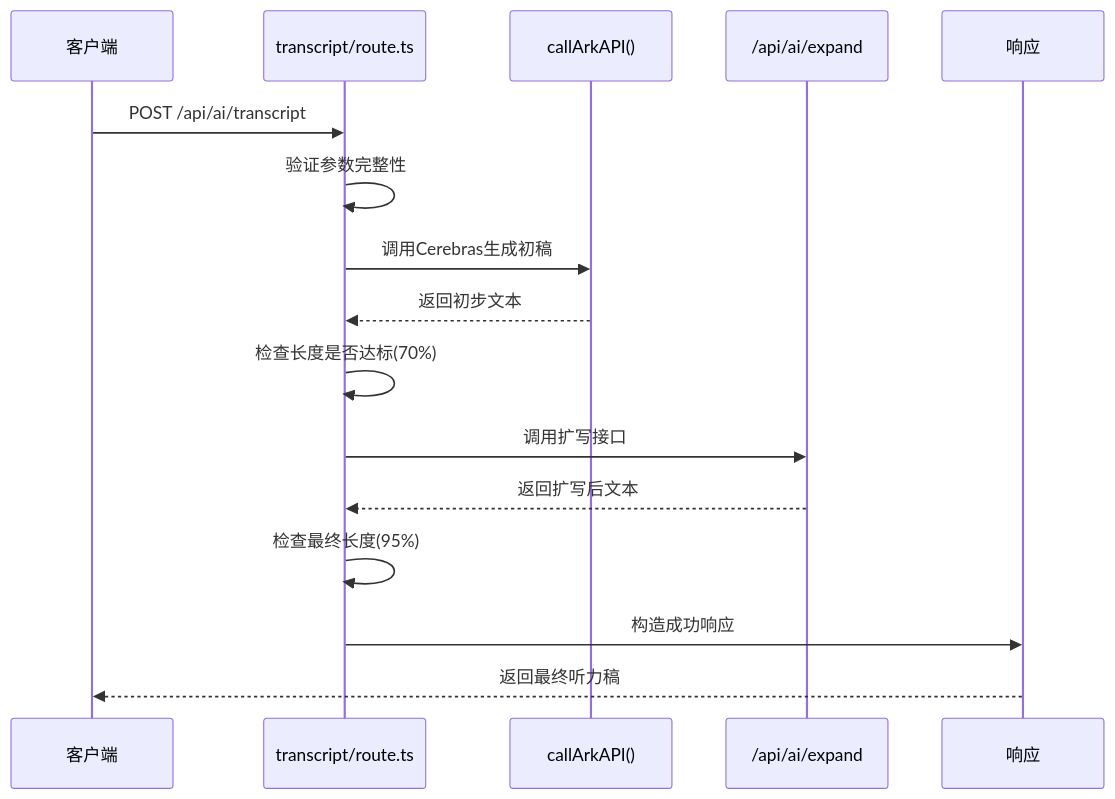
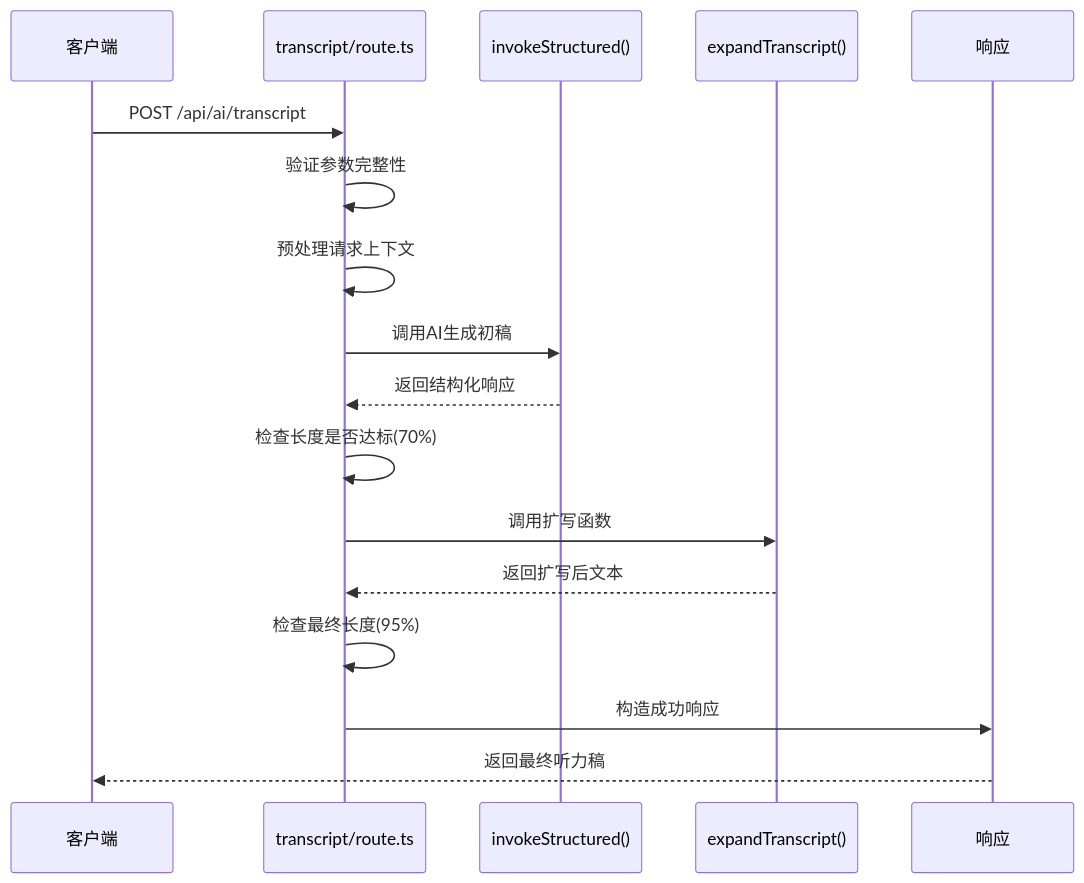
Before and after one commit to arthurlee116/english-listening-trainer: the diagram in .qoder/repowiki/zh/content/后端API接口/后端API接口.md, drawn with Mermaid. The commit also changed other lines of this file and 12 other files, not shown here.

````diff
--- a/.qoder/repowiki/zh/content/后端API接口/后端API接口.md
+++ b/.qoder/repowiki/zh/content/后端API接口/后端API接口.md
@@ -208,18 +382,19 @@
 ```mermaid
 sequenceDiagram
 participant Client as 客户端
 participant Route as transcript/route.ts
-participant ArkAPI as callArkAPI()
-participant ExpandAPI as /api/ai/expand
+participant Structured as invokeStructured()
+participant Expand as expandTranscript()
 participant Response as 响应
 Client->>Route : POST /api/ai/transcript
 Route->>Route : 验证参数完整性
-Route->>ArkAPI : 调用Cerebras生成初稿
-ArkAPI-->>Route : 返回初步文本
+Route->>Route : 预处理请求上下文
+Route->>Structured : 调用AI生成初稿
+Structured-->>Route : 返回结构化响应
 Route->>Route : 检查长度是否达标(70%)
-Route->>ExpandAPI : 调用扩写接口
-ExpandAPI-->>Route : 返回扩写后文本
+Route->>Expand : 调用扩写函数
+Expand-->>Route : 返回扩写后文本
 Route->>Route : 检查最终长度(95%)
 Route->>Response : 构造成功响应
 Response-->>Client : 返回最终听力稿
 ```
````
